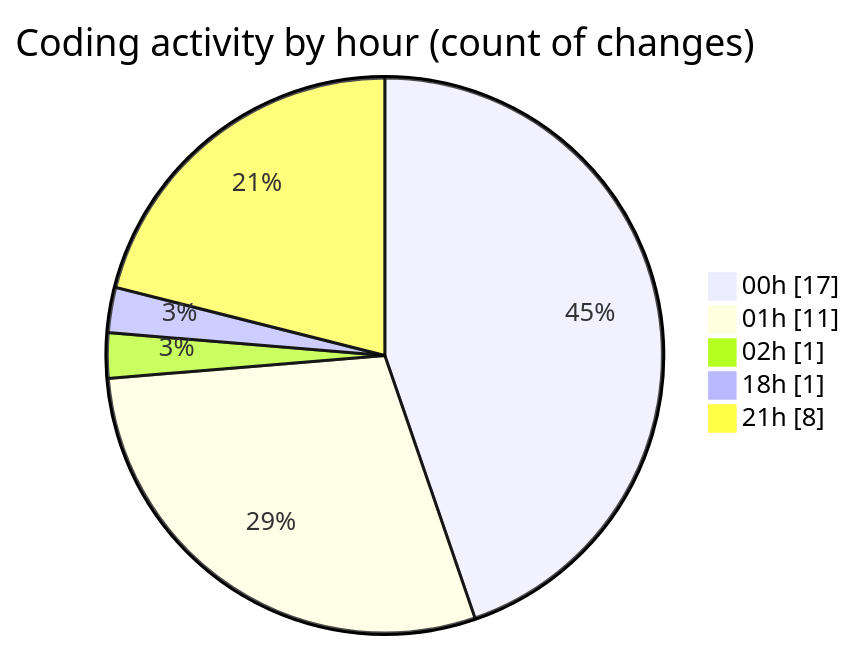
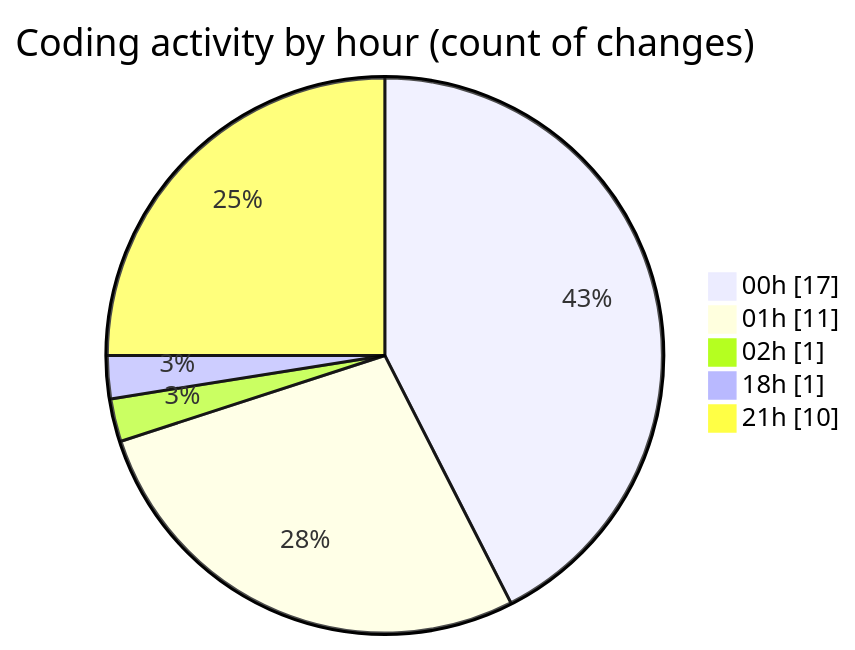
The second of 2 diagrams in 2025-11-22/eventscop-api-guide__workspace_/README.md (julien-gomy/code-tracking), drawn with Mermaid before and after one commit. The commit also changed other lines of this file and 1 other file, not shown here.

````diff
--- a/2025-11-22/eventscop-api-guide__workspace_/README.md
+++ b/2025-11-22/eventscop-api-guide__workspace_/README.md
@@ -41,9 +41,9 @@
 ```mermaid
 pie showData
 title Coding activity by hour (count of changes)
 "00h" : 17
 "01h" : 11
 "02h" : 1
 "18h" : 1
-"21h" : 8
+"21h" : 10
 ```
````
